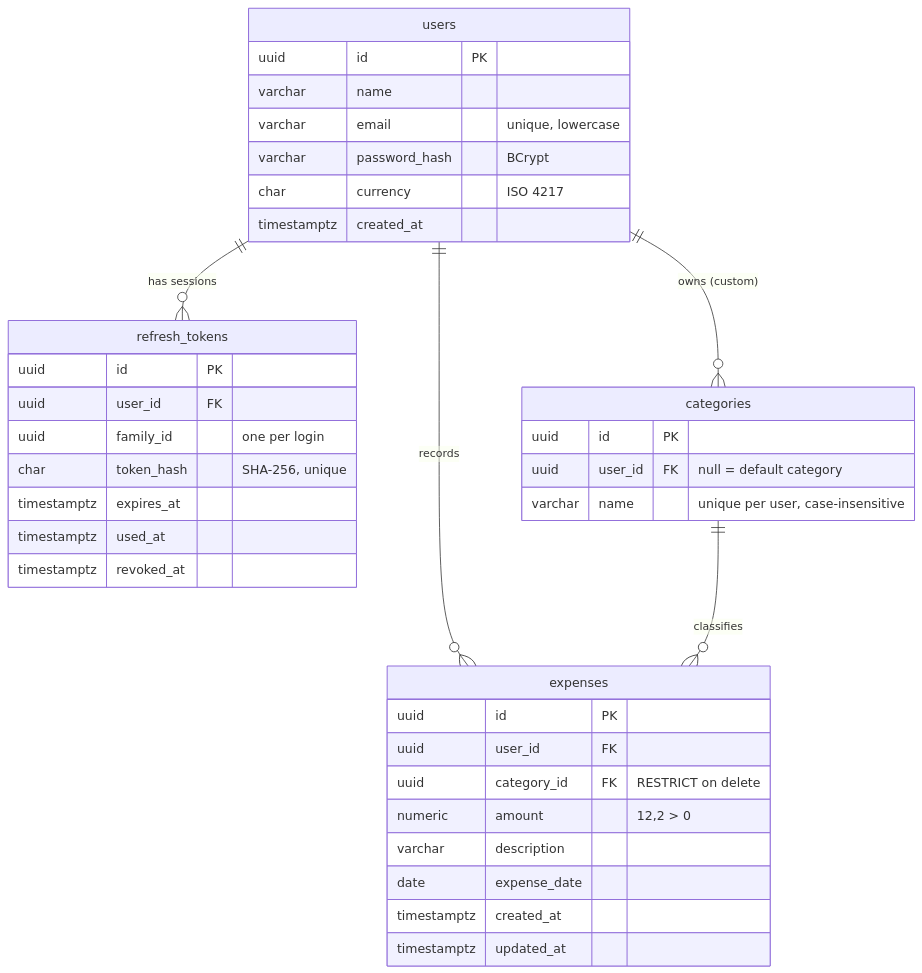
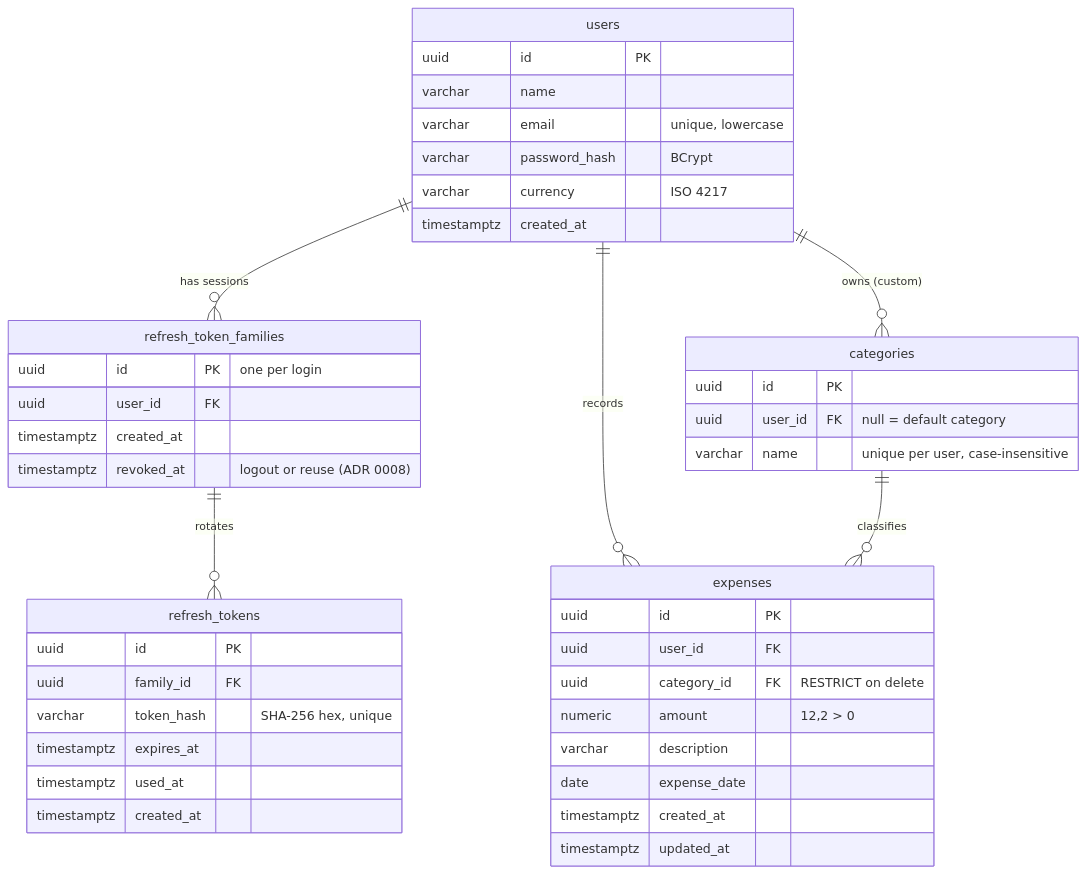
Before and after one commit to YuleHohenfeld/snapledger: the sixth of 6 diagrams in docs/architecture.md, drawn with Mermaid. The commit also changed 14 other files, not shown here.

````diff
--- a/docs/architecture.md
+++ b/docs/architecture.md
@@ -148,40 +148,46 @@
 ```mermaid
 erDiagram
-    users ||--o{ refresh_tokens : "has sessions"
+    users ||--o{ refresh_token_families : "has sessions"
+    refresh_token_families ||--o{ refresh_tokens : "rotates"
     users ||--o{ categories : "owns (custom)"
     users ||--o{ expenses : records
     categories ||--o{ expenses : classifies
 
     users {
         uuid id PK
         varchar name
         varchar email "unique, lowercase"
         varchar password_hash "BCrypt"
-        char currency "ISO 4217"
+        varchar currency "ISO 4217"
         timestamptz created_at
+    }
+    refresh_token_families {
+        uuid id PK "one per login"
+        uuid user_id FK
+        timestamptz created_at
+        timestamptz revoked_at "logout or reuse (ADR 0008)"
     }
     refresh_tokens {
         uuid id PK
-        uuid user_id FK
-        uuid family_id "one per login"
-        char token_hash "SHA-256, unique"
+        uuid family_id FK
+        varchar token_hash "SHA-256 hex, unique"
         timestamptz expires_at
         timestamptz used_at
-        timestamptz revoked_at
+        timestamptz created_at
     }
     categories {
         uuid id PK
         uuid user_id FK "null = default category"
         varchar name "unique per user, case-insensitive"
     }
     expenses {
         uuid id PK
         uuid user_id FK
         uuid category_id FK "RESTRICT on delete"
         numeric amount "12,2 > 0"
         varchar description
         date expense_date
         timestamptz created_at
         timestamptz updated_at
     }
 ```
````
